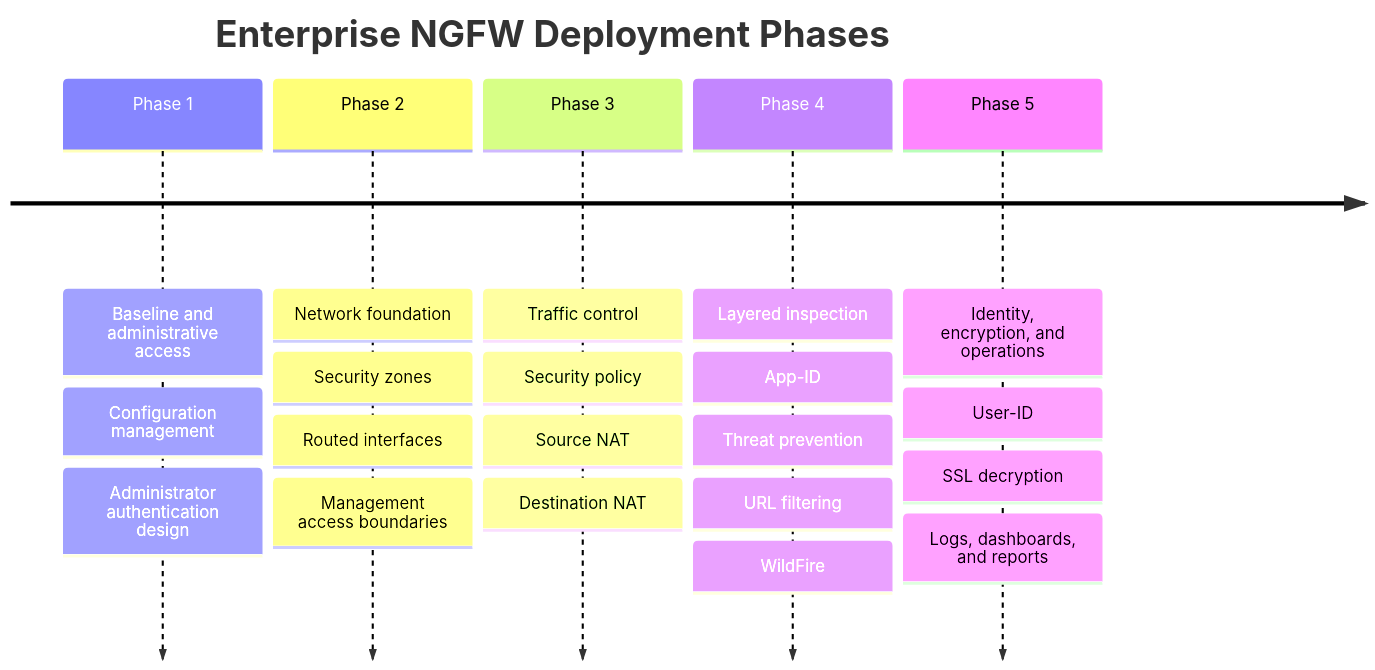
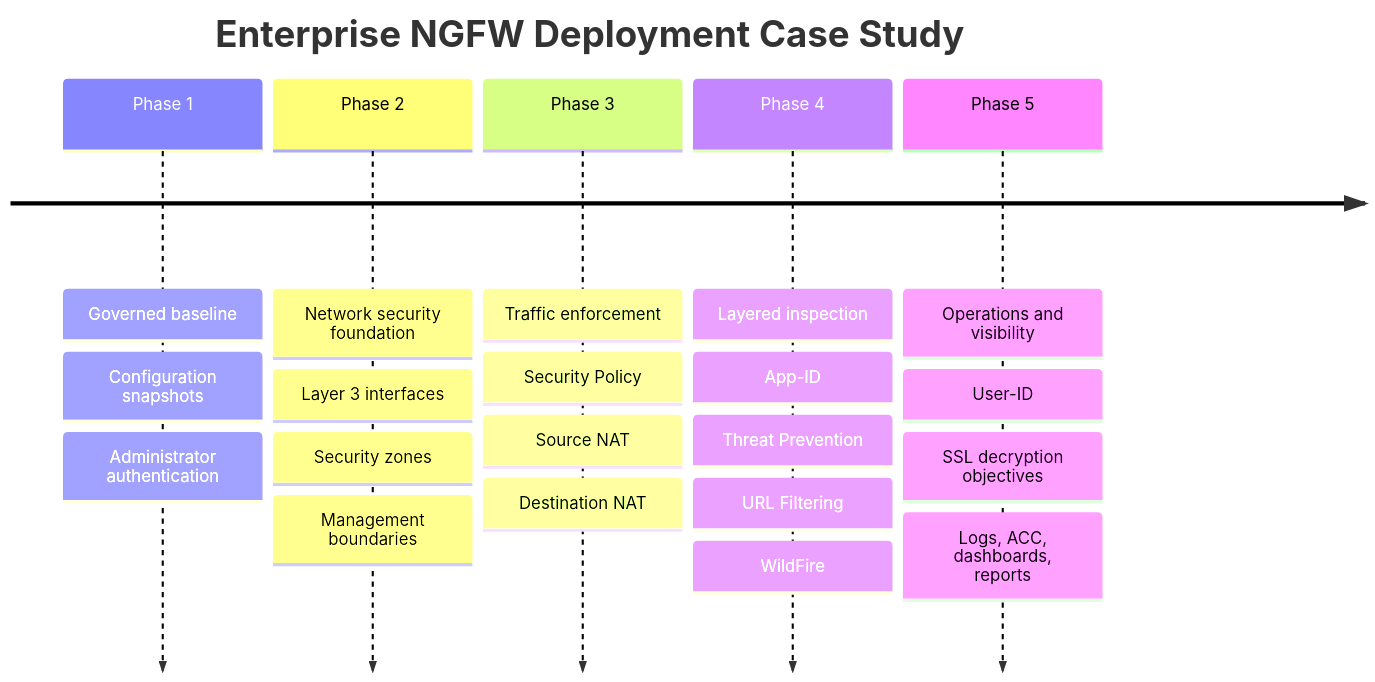
One commit to ShamsKibonge/enterprise-firewall-security changed the first of 2 diagrams in README.md. Above: the diagram before and after it, drawn with Mermaid. The commit also changed other lines of this file, not shown here.

Commit message:
Polish README as senior security case study

````diff
--- a/README.md
+++ b/README.md
@@ -42,24 +51,24 @@
 ```mermaid
 timeline
-    title Enterprise NGFW Deployment Phases
-    Phase 1 : Baseline and administrative access
-            : Configuration management
-            : Administrator authentication design
-    Phase 2 : Network foundation
+    title Enterprise NGFW Deployment Case Study
+    Phase 1 : Governed baseline
+            : Configuration snapshots
+            : Administrator authentication
+    Phase 2 : Network security foundation
+            : Layer 3 interfaces
             : Security zones
-            : Routed interfaces
-            : Management access boundaries
-    Phase 3 : Traffic control
-            : Security policy
+            : Management boundaries
+    Phase 3 : Traffic enforcement
+            : Security Policy
             : Source NAT
             : Destination NAT
     Phase 4 : Layered inspection
             : App-ID
-            : Threat prevention
-            : URL filtering
+            : Threat Prevention
+            : URL Filtering
             : WildFire
-    Phase 5 : Identity, encryption, and operations
+    Phase 5 : Operations and visibility
             : User-ID
-            : SSL decryption
-            : Logs, dashboards, and reports
+            : SSL decryption objectives
+            : Logs, ACC, dashboards, reports
 ```
````
